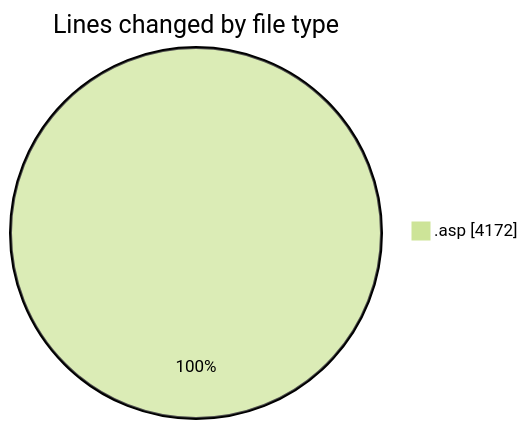
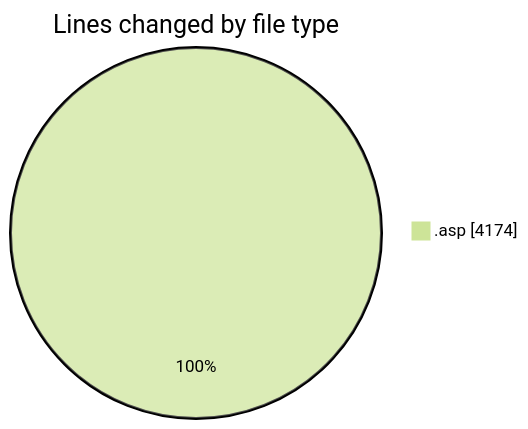
The first of 2 diagrams in 2025-10-30/cdp_aleoudev_fr__workspace_/README.md (julien-gomy/code-tracking), drawn with Mermaid (forest theme) before and after one commit. The commit also changed other lines of this file and 1 other file, not shown here.

````diff
--- a/2025-10-30/cdp_aleoudev_fr__workspace_/README.md
+++ b/2025-10-30/cdp_aleoudev_fr__workspace_/README.md
@@ -22,5 +22,5 @@
 ```mermaid
 pie showData
 title Lines changed by file type
-".asp" : 4172
+".asp" : 4174
 ```
````
